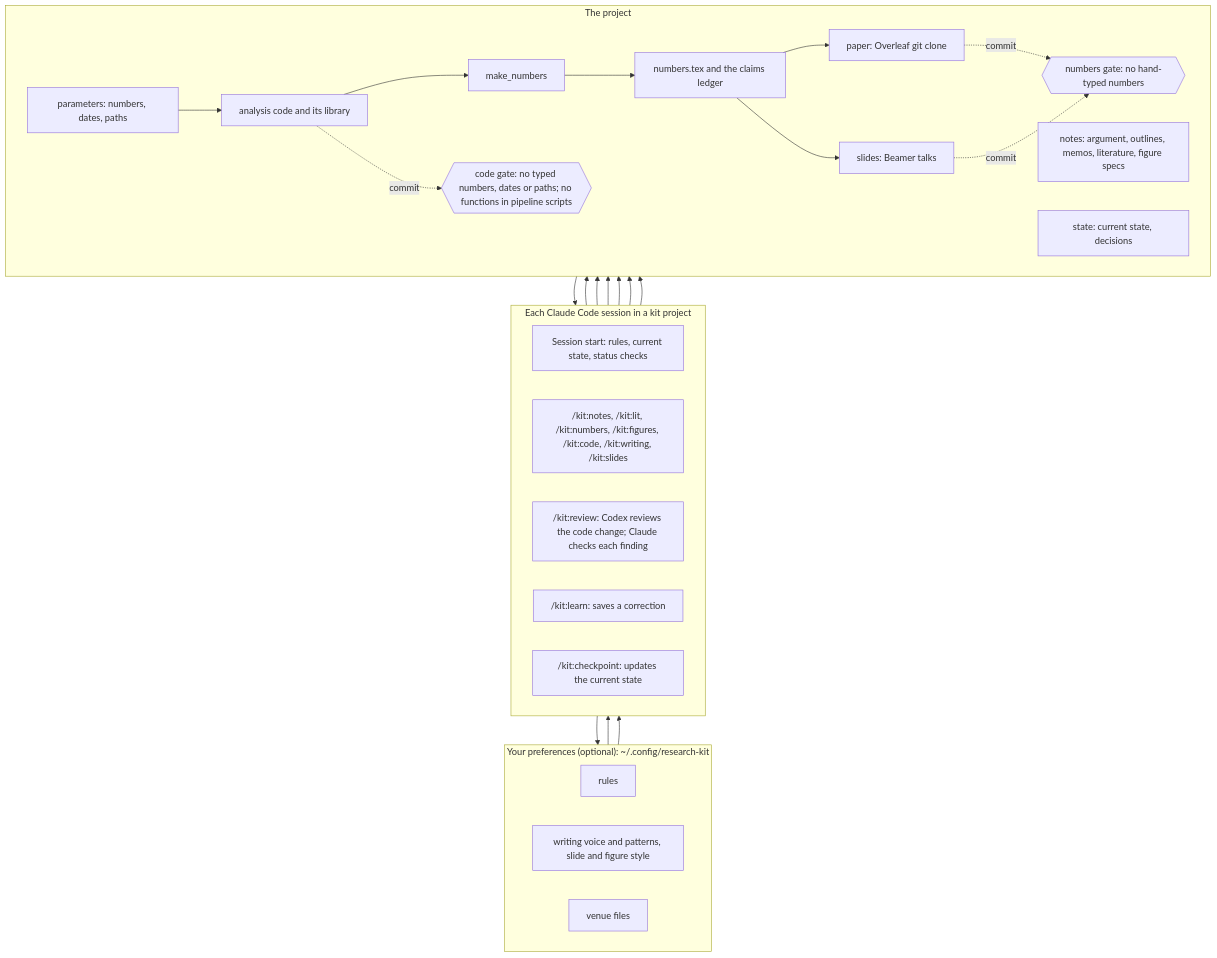
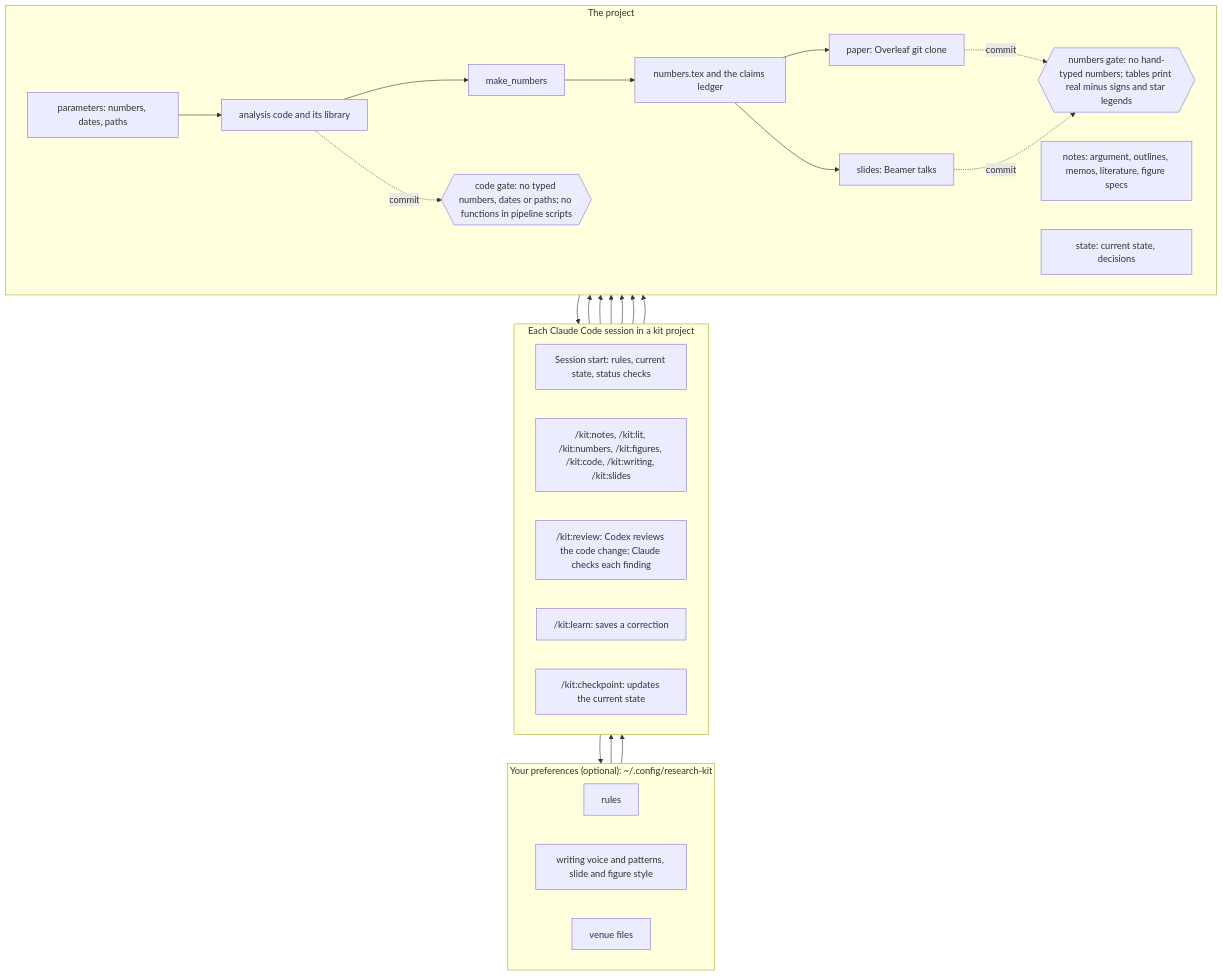
Before and after one commit to zjelveh/research-kit: the diagram in README.md, drawn with Mermaid. The commit also changed other lines of this file and 19 other files, not shown here.

````diff
--- a/README.md
+++ b/README.md
@@ -9,49 +9,49 @@
 ```mermaid
 flowchart TB
     subgraph you["Your preferences (optional): ~/.config/research-kit"]
         direction LR
         prules["rules"]
         pvoice["writing voice and patterns, slide and figure style"]
         pvenue["venue files"]
     end
 
     subgraph session["Each Claude Code session in a kit project"]
         direction LR
         start["Session start: rules, current state, status checks"]
         skills["/kit:notes, /kit:lit, /kit:numbers, /kit:figures, /kit:code, /kit:writing, /kit:slides"]
         review["/kit:review: Codex reviews the code change; Claude checks each finding"]
         learn["/kit:learn: saves a correction"]
         checkpoint["/kit:checkpoint: updates the current state"]
     end
 
     subgraph project["The project"]
         direction LR
         params["parameters: numbers, dates, paths"]
         code["analysis code and its library"]
         make["make_numbers"]
         numbers["numbers.tex and the claims ledger"]
         paper["paper: Overleaf git clone"]
         talks["slides: Beamer talks"]
         notes["notes: argument, outlines, memos, literature, figure specs"]
         state["state: current state, decisions"]
         codegate{{"code gate: no typed numbers, dates or paths; no functions in pipeline scripts"}}
-        gate{{"numbers gate: no hand-typed numbers"}}
+        gate{{"numbers gate: no hand-typed numbers; tables print real minus signs and star legends"}}
         params --> code --> make --> numbers
         numbers --> paper
         numbers --> talks
         code -. commit .-> codegate
         paper -. commit .-> gate
         talks -. commit .-> gate
     end
 
     you --> start
     you --> skills
     learn --> you
     state --> start
     checkpoint --> state
     skills --> code
     skills --> notes
     skills --> paper
     skills --> talks
     review --> code
 ```
````
